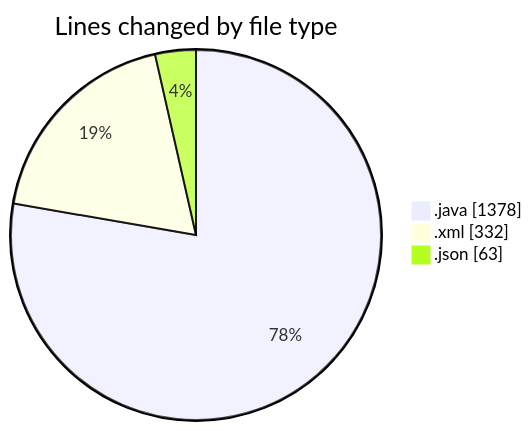
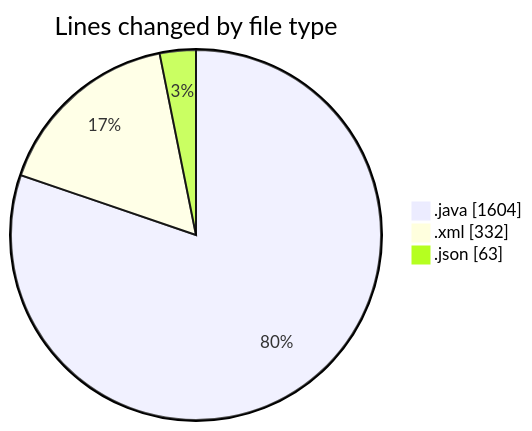
One commit to ricardozamudiocil/code-tracking changed the first of 2 diagrams in 2026-07-07/cilreports__workspace_/README.md. Above: the diagram before and after it, drawn with Mermaid. The commit also changed other lines of this file and 1 other file, not shown here.

````diff
--- a/2026-07-07/cilreports__workspace_/README.md
+++ b/2026-07-07/cilreports__workspace_/README.md
@@ -23,7 +24,7 @@
 ```mermaid
 pie showData
 title Lines changed by file type
-".java" : 1378
+".java" : 1604
 ".xml" : 332
 ".json" : 63
 ```
````
